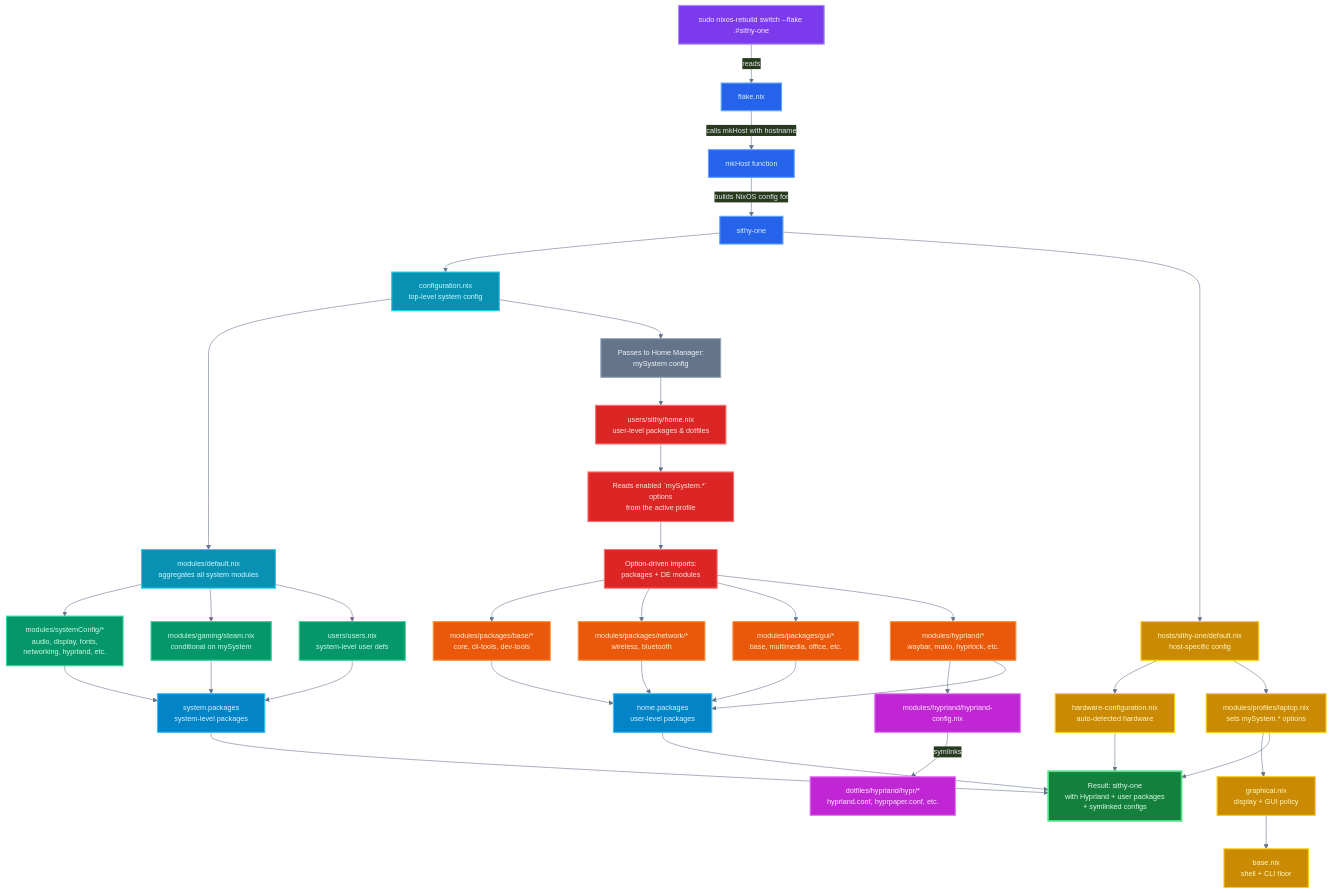
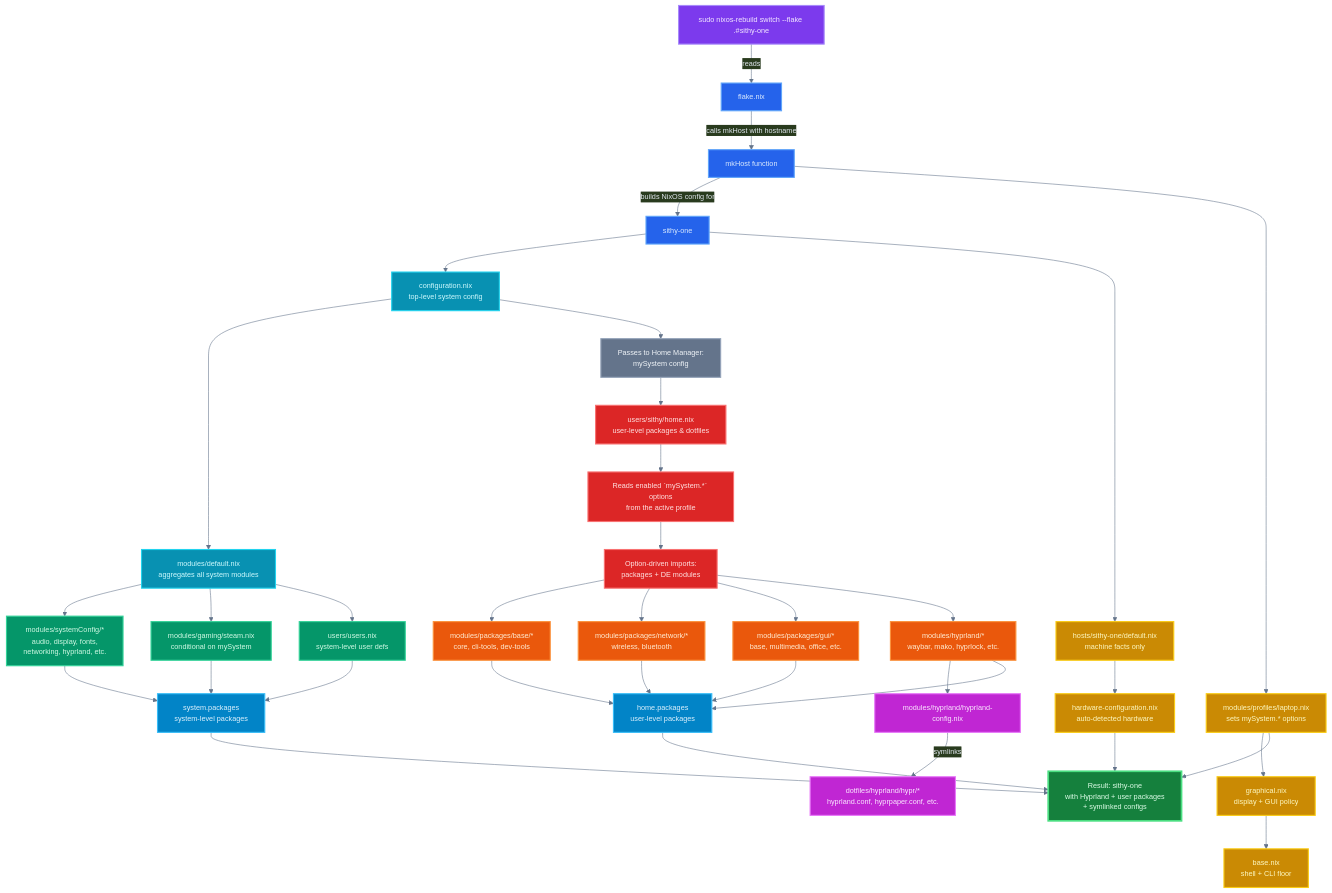
Before and after one commit to sithypenguin/nix-config: the diagram in README.md, drawn with Mermaid. The commit also changed other lines of this file, not shown here.

````diff
--- a/README.md
+++ b/README.md
@@ -83,64 +133,64 @@
 ```mermaid
 %%{init: {'theme':'base', 'themeVariables': {
   'primaryColor':'#1e293b',
   'primaryTextColor':'#e2e8f0',
   'primaryBorderColor':'#475569',
   'lineColor':'#64748b',
   'fontSize':'13px',
   'fontFamily':'monospace'
 }}}%%
 graph TD
     A["sudo nixos-rebuild switch --flake .#sithy-one"]:::command -->|reads| B["flake.nix"]:::flake
     B -->|calls mkHost with hostname| C["mkHost function"]:::flake
     C -->|builds NixOS config for| D["sithy-one"]:::flake
 
     D --> E["configuration.nix<br/>top-level system config"]:::sysConfig
     E --> F["modules/default.nix<br/>aggregates all system modules"]:::sysConfig
     F --> G["modules/systemConfig/*<br/>audio, display, fonts,<br/>networking, hyprland, etc."]:::sysModules
     F --> H["modules/gaming/steam.nix<br/>conditional on mySystem"]:::sysModules
     F --> I["users/users.nix<br/>system-level user defs"]:::sysModules
 
-    D --> J["hosts/sithy-one/default.nix<br/>host-specific config"]:::hostFiles
+    D --> J["hosts/sithy-one/default.nix<br/>machine facts only"]:::hostFiles
     J --> K["hardware-configuration.nix<br/>auto-detected hardware"]:::hostFiles
-    J --> L["modules/profiles/laptop.nix<br/>sets mySystem.* options"]:::hostFiles
+    C --> L["modules/profiles/laptop.nix<br/>sets mySystem.* options"]:::hostFiles
     L --> L2["graphical.nix<br/>display + GUI policy"]:::hostFiles
     L2 --> L3["base.nix<br/>shell + CLI floor"]:::hostFiles
 
     E --> M["Passes to Home Manager:<br/>mySystem config"]:::bridge
     M --> N["users/sithy/home.nix<br/>user-level packages & dotfiles"]:::hmConfig
     N --> O["Reads enabled `mySystem.*` options<br/>from the active profile"]:::hmConfig
     O --> P["Option-driven imports:<br/>packages + DE modules"]:::hmConfig
     P --> Q["modules/packages/base/*<br/>core, cli-tools, dev-tools"]:::packages
     P --> R["modules/packages/network/*<br/>wireless, bluetooth"]:::packages
     P --> S["modules/packages/gui/*<br/>base, multimedia, office, etc."]:::packages
     P --> T["modules/hyprland/*<br/>waybar, mako, hyprlock, etc."]:::packages
 
     T --> U["modules/hyprland/hyprland-config.nix"]:::dotfiles
     U -->|symlinks| V["dotfiles/hyprland/hypr/*<br/>hyprland.conf, hyprpaper.conf, etc."]:::dotfiles
 
     Q --> W["home.packages<br/>user-level packages"]:::output
     R --> W
     S --> W
     T --> W
 
     G --> X["system.packages<br/>system-level packages"]:::output
     H --> X
     I --> X
 
     W --> Y["Result: sithy-one<br/>with Hyprland + user packages<br/>+ symlinked configs"]:::final
     X --> Y
     L --> Y
     K --> Y
 
     classDef command fill:#7c3aed,stroke:#a78bfa,stroke-width:2px,color:#f3e8ff
     classDef flake fill:#2563eb,stroke:#60a5fa,stroke-width:2px,color:#dbeafe
     classDef sysConfig fill:#0891b2,stroke:#22d3ee,stroke-width:2px,color:#cffafe
     classDef sysModules fill:#059669,stroke:#34d399,stroke-width:2px,color:#d1fae5
     classDef hostFiles fill:#ca8a04,stroke:#facc15,stroke-width:2px,color:#fef9c3
     classDef bridge fill:#64748b,stroke:#94a3b8,stroke-width:2px,color:#f1f5f9
     classDef hmConfig fill:#dc2626,stroke:#f87171,stroke-width:2px,color:#fee2e2
     classDef packages fill:#ea580c,stroke:#fb923c,stroke-width:2px,color:#ffedd5
     classDef dotfiles fill:#c026d3,stroke:#e879f9,stroke-width:2px,color:#fae8ff
     classDef output fill:#0284c7,stroke:#38bdf8,stroke-width:2px,color:#e0f2fe
     classDef final fill:#15803d,stroke:#4ade80,stroke-width:3px,color:#dcfce7
 ```
````
